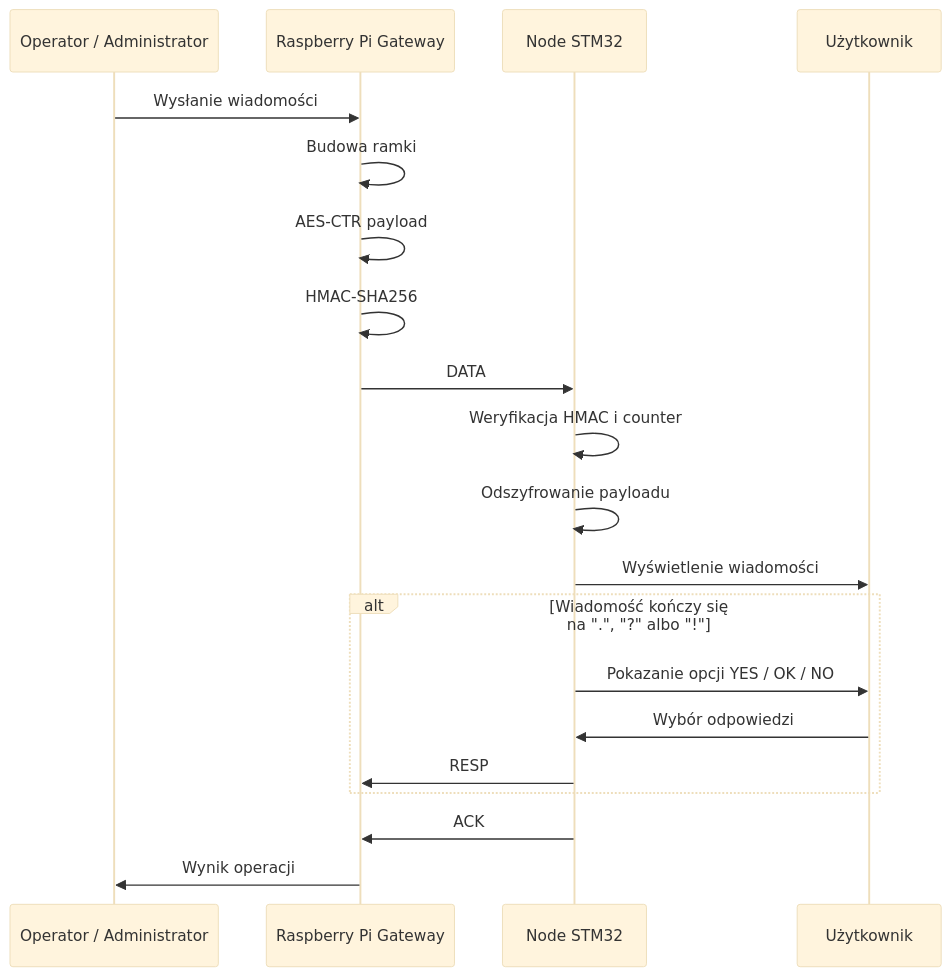
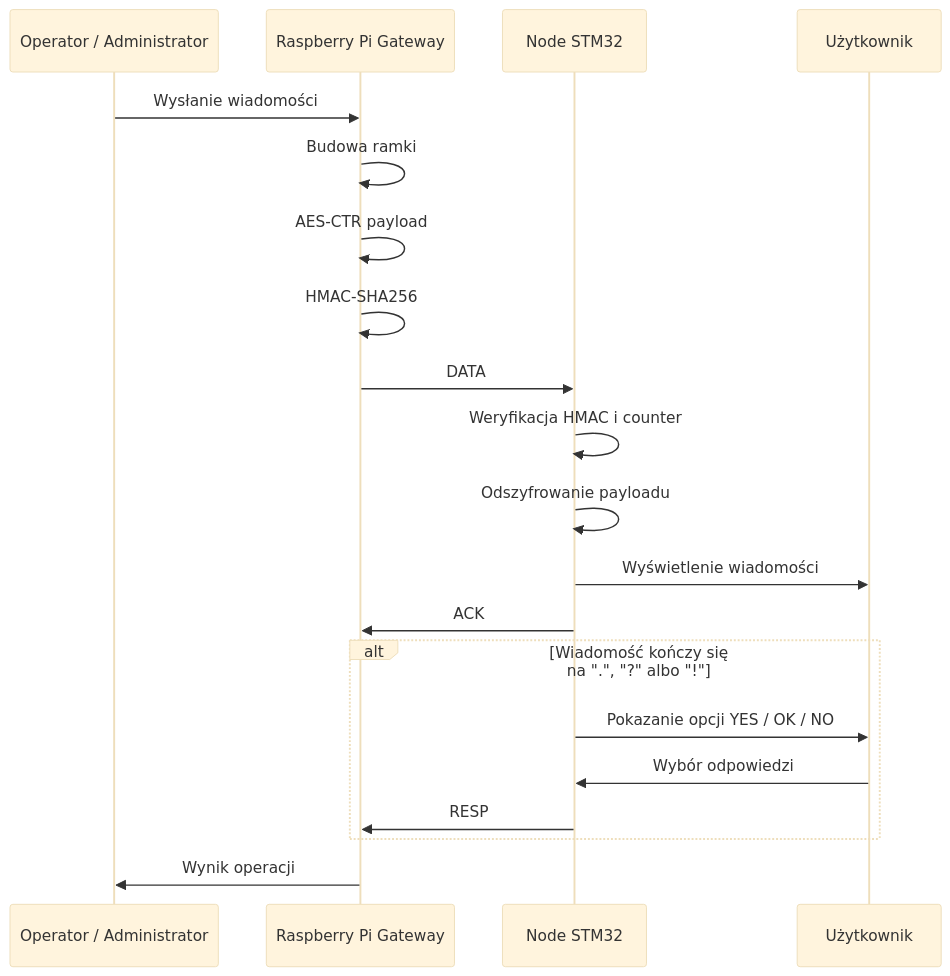
One commit to MikolajDrozdz/BEKO changed the second of 5 diagrams in README.md. Above: the diagram before and after it, drawn with Mermaid (base theme). The commit also changed other lines of this file and 11 other files, not shown here.

````diff
--- a/README.md
+++ b/README.md
@@ -301,23 +304,23 @@
 ```mermaid
 sequenceDiagram
     participant O as Operator / Administrator
     participant GW as Raspberry Pi Gateway
     participant N as Node STM32
     participant U as Użytkownik
 
     O->>GW: Wysłanie wiadomości
     GW->>GW: Budowa ramki
     GW->>GW: AES-CTR payload
     GW->>GW: HMAC-SHA256
     GW->>N: DATA
     N->>N: Weryfikacja HMAC i counter
     N->>N: Odszyfrowanie payloadu
     N->>U: Wyświetlenie wiadomości
+    N->>GW: ACK
     alt Wiadomość kończy się na ".", "?" albo "!"
         N->>U: Pokazanie opcji YES / OK / NO
         U->>N: Wybór odpowiedzi
         N->>GW: RESP
     end
-    N->>GW: ACK
     GW->>O: Wynik operacji
 ```
````
